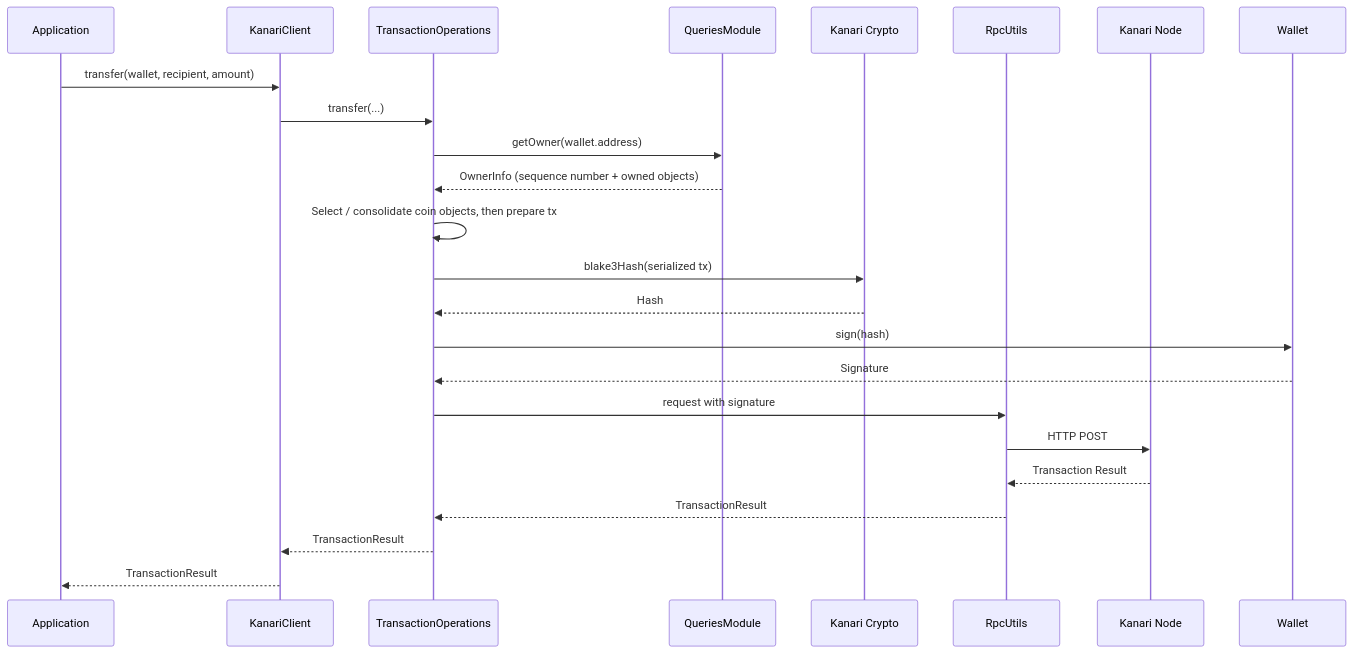
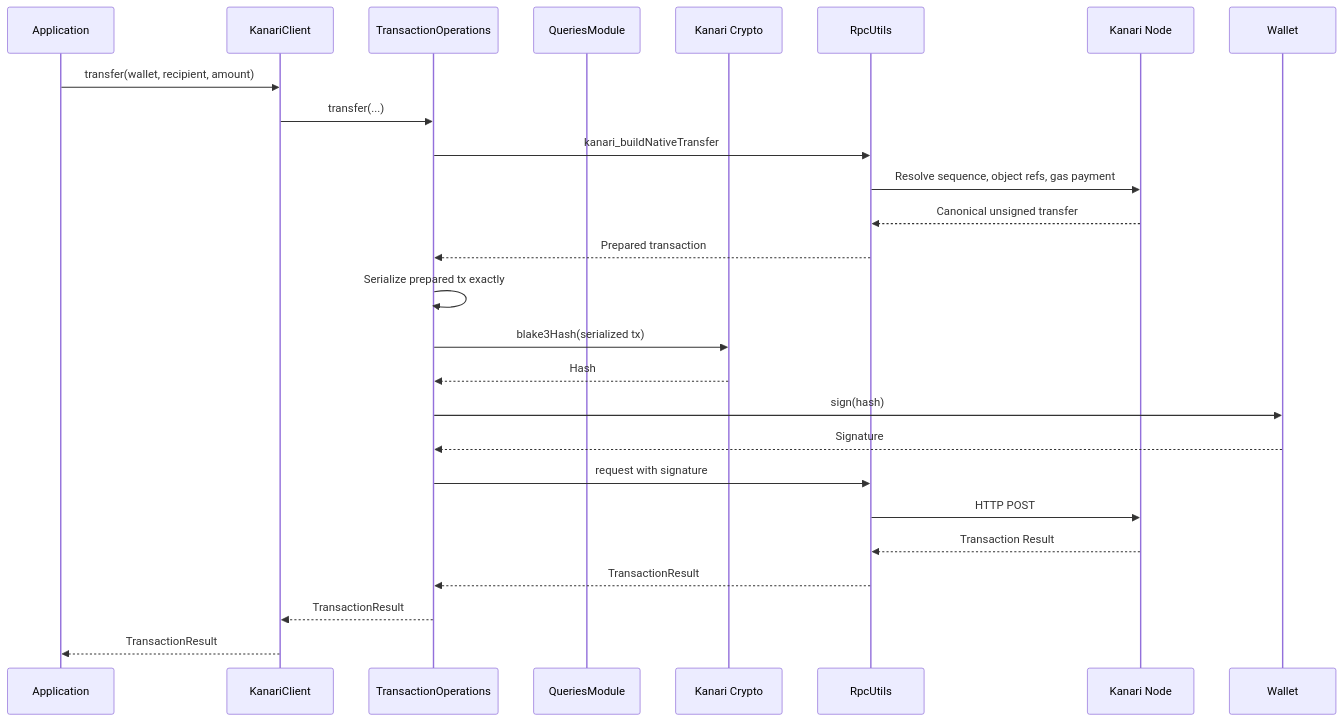
One commit to kanari-network/kanari-sdk changed the third of 5 diagrams in sdk/kanari_pay/lib/src/ARCHITECTURE_DIAGRAM.md. Above: the diagram before and after it, drawn with Mermaid. The commit also changed 24 other files, not shown here.

````diff
--- a/sdk/kanari_pay/lib/src/ARCHITECTURE_DIAGRAM.md
+++ b/sdk/kanari_pay/lib/src/ARCHITECTURE_DIAGRAM.md
@@ -93,28 +93,30 @@
 ```mermaid
 sequenceDiagram
     participant App as Application
     participant Client as KanariClient
     participant TxOps as TransactionOperations
     participant Queries as QueriesModule
     participant Crypto as Kanari Crypto
     participant RPC as RpcUtils
     participant Node as Kanari Node
 
     App->>Client: transfer(wallet, recipient, amount)
     Client->>TxOps: transfer(...)
-    TxOps->>Queries: getOwner(wallet.address)
-    Queries-->>TxOps: OwnerInfo (sequence number + owned objects)
+    TxOps->>RPC: kanari_buildNativeTransfer
+    RPC->>Node: Resolve sequence, object refs, gas payment
+    Node-->>RPC: Canonical unsigned transfer
+    RPC-->>TxOps: Prepared transaction
     
-    TxOps->>TxOps: Select / consolidate coin objects, then prepare tx
+    TxOps->>TxOps: Serialize prepared tx exactly
     TxOps->>Crypto: blake3Hash(serialized tx)
     Crypto-->>TxOps: Hash
     TxOps->>Wallet: sign(hash)
     Wallet-->>TxOps: Signature
     
     TxOps->>RPC: request with signature
     RPC->>Node: HTTP POST
     Node-->>RPC: Transaction Result
     RPC-->>TxOps: TransactionResult
     TxOps-->>Client: TransactionResult
     Client-->>App: TransactionResult
 ```
````
